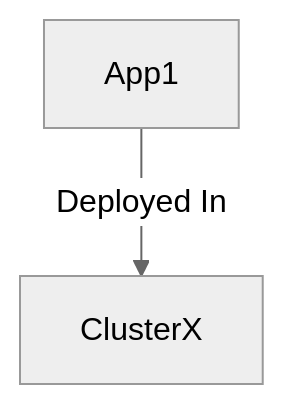
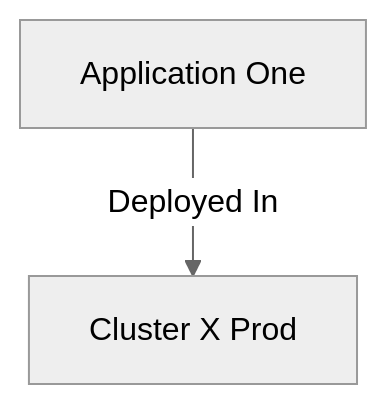
Before and after one commit to finos/architecture-as-code: the diagram in calm-widgets/test-fixtures/related-nodes-widget/relationship-deployed/expected.md, drawn with Mermaid (neutral theme). The commit also changed 61 other files, not shown here.

First line of the commit message:
fix(calm-widgets): resolve node names instead of raw ids in related-nodes diagrams (#2883)

````diff
--- a/calm-widgets/test-fixtures/related-nodes-widget/relationship-deployed/expected.md
+++ b/calm-widgets/test-fixtures/related-nodes-widget/relationship-deployed/expected.md
@@ -1,5 +1,5 @@
 ```mermaid
 graph TD;
-App1 -- Deployed In --> ClusterX;
+app-1[Application One] -- Deployed In --> cluster-x[Cluster X Prod];
 classDef highlight fill:#f2bbae;
 ```
````
